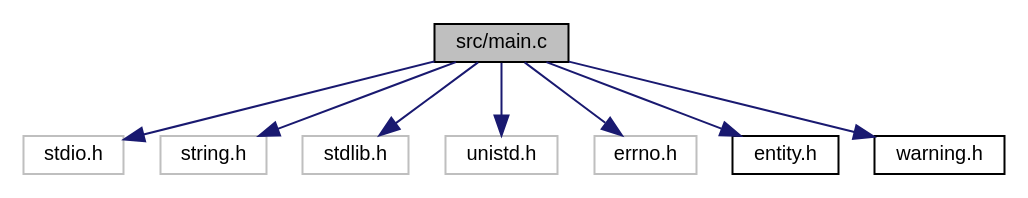
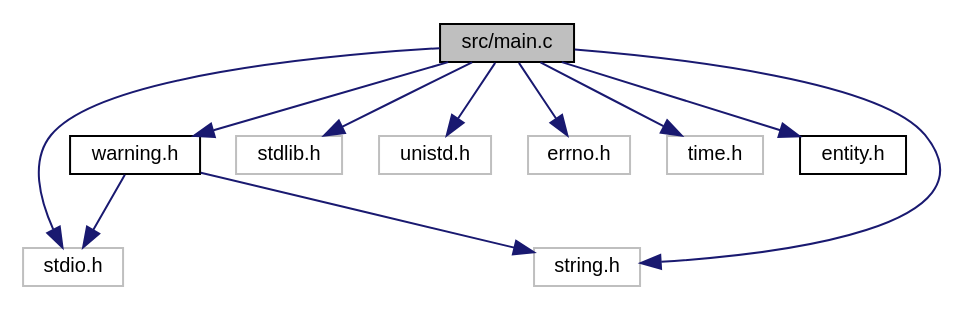
Before and after one commit to LeonelMatos/Ecosystem: the diagram in docs/main_8c__incl.dot, drawn with Graphviz. The commit also changed 112 other files, not shown here.

```diff
--- a/docs/main_8c__incl.dot
+++ b/docs/main_8c__incl.dot
@@ -1,21 +1,25 @@
 digraph "src/main.c"
 {
  // LATEX_PDF_SIZE
   edge [fontname="Helvetica",fontsize="10",labelfontname="Helvetica",labelfontsize="10"];
   node [fontname="Helvetica",fontsize="10",shape=record];
   Node1 [label="src/main.c",height=0.2,width=0.4,color="black", fillcolor="grey75", style="filled", fontcolor="black",tooltip=" "];
   Node1 -> Node2 [color="midnightblue",fontsize="10",style="solid",fontname="Helvetica"];
   Node2 [label="stdio.h",height=0.2,width=0.4,color="grey75", fillcolor="white", style="filled",tooltip=" "];
   Node1 -> Node3 [color="midnightblue",fontsize="10",style="solid",fontname="Helvetica"];
   Node3 [label="string.h",height=0.2,width=0.4,color="grey75", fillcolor="white", style="filled",tooltip=" "];
   Node1 -> Node4 [color="midnightblue",fontsize="10",style="solid",fontname="Helvetica"];
   Node4 [label="stdlib.h",height=0.2,width=0.4,color="grey75", fillcolor="white", style="filled",tooltip=" "];
   Node1 -> Node5 [color="midnightblue",fontsize="10",style="solid",fontname="Helvetica"];
   Node5 [label="unistd.h",height=0.2,width=0.4,color="grey75", fillcolor="white", style="filled",tooltip=" "];
   Node1 -> Node6 [color="midnightblue",fontsize="10",style="solid",fontname="Helvetica"];
   Node6 [label="errno.h",height=0.2,width=0.4,color="grey75", fillcolor="white", style="filled",tooltip=" "];
   Node1 -> Node7 [color="midnightblue",fontsize="10",style="solid",fontname="Helvetica"];
-  Node7 [label="entity.h",height=0.2,width=0.4,color="black", fillcolor="white", style="filled",URL="$entity_8h.html",tooltip=" "];
+  Node7 [label="time.h",height=0.2,width=0.4,color="grey75", fillcolor="white", style="filled",tooltip=" "];
   Node1 -> Node8 [color="midnightblue",fontsize="10",style="solid",fontname="Helvetica"];
-  Node8 [label="warning.h",height=0.2,width=0.4,color="black", fillcolor="white", style="filled",URL="$warning_8h.html",tooltip=" "];
+  Node8 [label="entity.h",height=0.2,width=0.4,color="black", fillcolor="white", style="filled",URL="$entity_8h.html",tooltip=" "];
+  Node1 -> Node9 [color="midnightblue",fontsize="10",style="solid",fontname="Helvetica"];
+  Node9 [label="warning.h",height=0.2,width=0.4,color="black", fillcolor="white", style="filled",URL="$warning_8h.html",tooltip=" "];
+  Node9 -> Node2 [color="midnightblue",fontsize="10",style="solid",fontname="Helvetica"];
+  Node9 -> Node3 [color="midnightblue",fontsize="10",style="solid",fontname="Helvetica"];
 }
```
